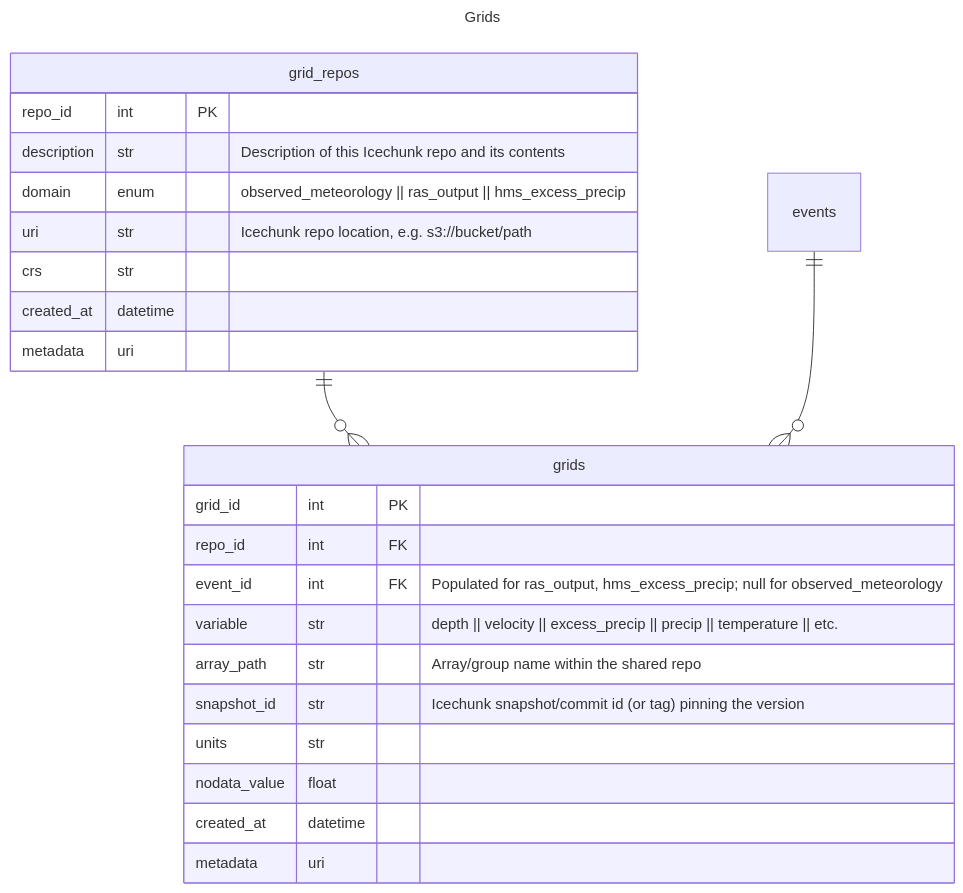
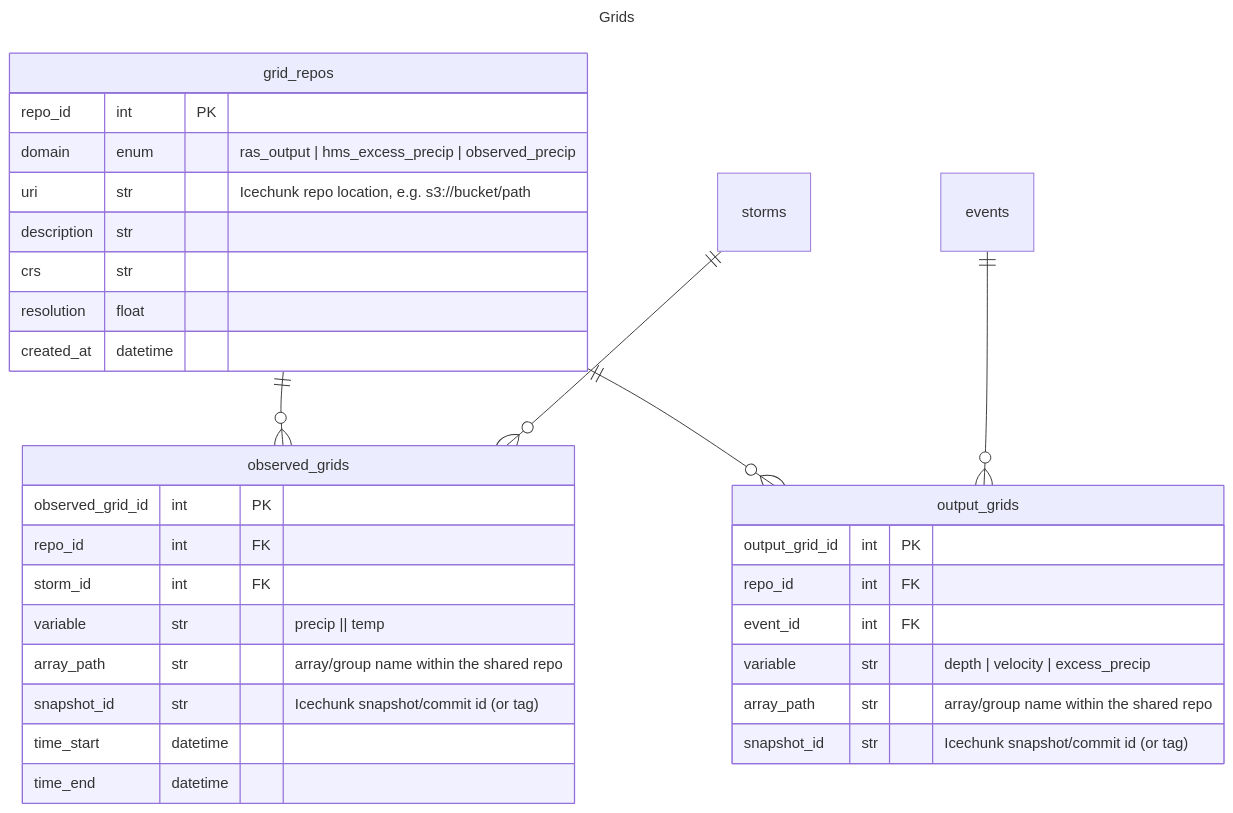
One commit to fema-ffrd/ffrd-data-model changed the diagram in rdb/grids.mmd. Above: the diagram before and after it, drawn with Mermaid. The commit also changed 3 other files, not shown here.

Commit message:
obs and output grids tables

```diff
--- a/rdb/grids.mmd
+++ b/rdb/grids.mmd
@@ -1,42 +1,48 @@
 ---
 title: Grids
 ---
 
 erDiagram
     %% Gridded (raster) data lives in long-lived Icechunk repositories,
-    %% one per data domain. Each repo accumulates snapshots over time.
-    %% grid_repos: catalog of the Icechunk repositories themselves.
-    %% grids: catalog/pointer rows, one per variable per event (RAS/HMS,
-    %%   merged across runs) or per storm (observed precip, pre-transposition).
-    %% Exactly one of event_id or storm_id is populated per row:
-    %%   - event_id: ras_output or hms_excess_precip (merged per event)
-    %%   - storm_id: observed_precip (computed at runtime for events)
+    %% one per data domain. Two tables catalog grid metadata and pointers.
+    %% Spatial metadata (crs, resolution, extent) belongs in grid_repos.
 
-    grid_repos ||--o{ grids : ""
-    events ||--o{ grids : ""
+    grid_repos ||--o{ observed_grids : ""
+    grid_repos ||--o{ output_grids : ""
+    storms ||--o{ observed_grids : ""
+    events ||--o{ output_grids : ""
 
     grid_repos {
         repo_id int PK
-        description str "Description of this Icechunk repo and its contents"
-        domain enum "observed_meteorology || ras_output || hms_excess_precip"
+        domain enum "ras_output | hms_excess_precip | observed_precip"
         uri str "Icechunk repo location, e.g. s3://bucket/path"
+        description str
         crs str
+        resolution float
         created_at datetime
-        metadata uri
     }
 
-    grids {
-        grid_id int PK
+    observed_grids {
+        observed_grid_id int PK
         repo_id int FK
-        event_id int FK "Populated for ras_output, hms_excess_precip; null for observed_meteorology"
-        variable str "depth || velocity || excess_precip || precip || temperature || etc."
-        array_path str "Array/group name within the shared repo"
-        snapshot_id str "Icechunk snapshot/commit id (or tag) pinning the version"
-        units str
-        nodata_value float
-        created_at datetime
-        metadata uri
+        storm_id int FK
+        variable str "precip || temp"
+        array_path str "array/group name within the shared repo"
+        snapshot_id str "Icechunk snapshot/commit id (or tag)"
+        time_start datetime
+        time_end datetime
+    }
+
+    output_grids {
+        output_grid_id int PK
+        repo_id int FK
+        event_id int FK
+        variable str "depth | velocity | excess_precip"
+        array_path str "array/group name within the shared repo"
+        snapshot_id str "Icechunk snapshot/commit id (or tag)"
     }
 
     events {
     }
+    storms {
+    }
```
